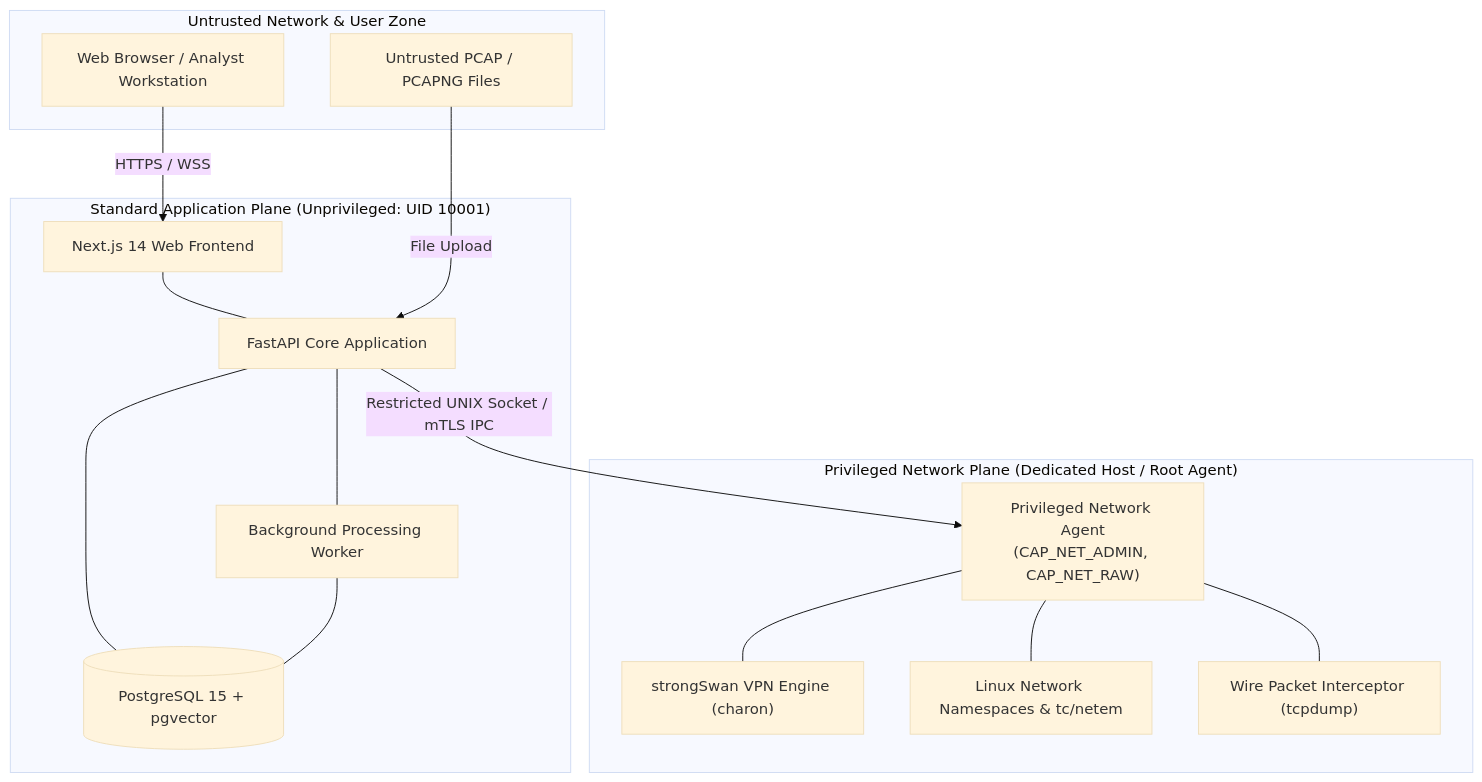
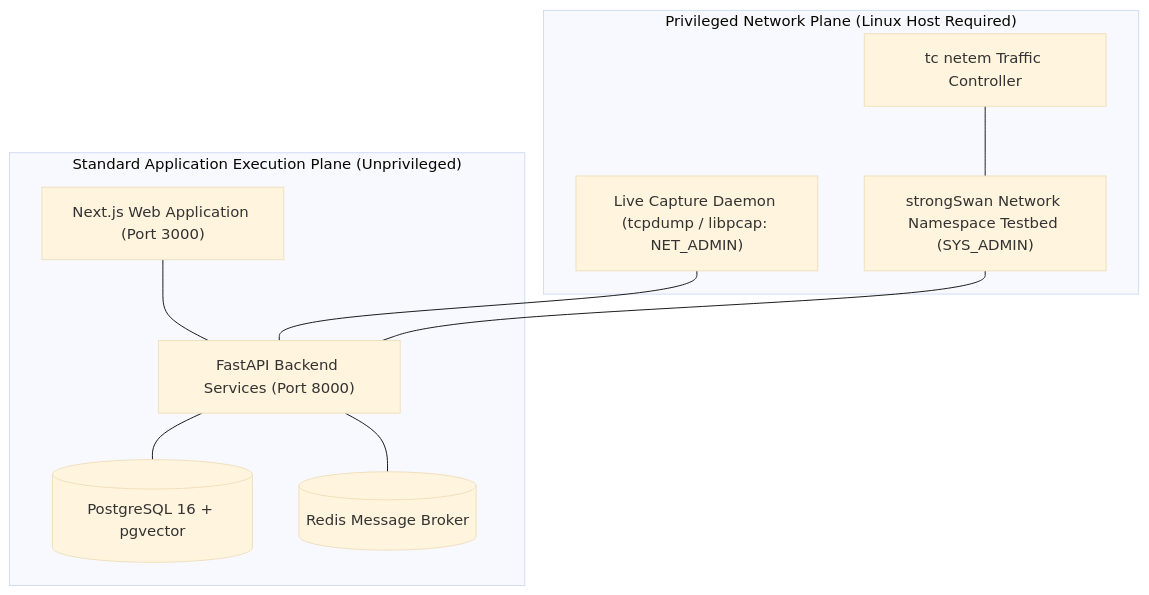
Diagram 12 of 14 in docs/TUNNELTRACE_AI_MASTER_DOCUMENT.md (sharancode3/TunnelTrace-AI), drawn with Mermaid (base theme) before and after one commit. The commit also changed other lines of this file, not shown here.

Commit message:
docs: update mentor master document with 60-part structure, markdown tables, and validated mermaid diagrams

````diff
--- a/docs/TUNNELTRACE_AI_MASTER_DOCUMENT.md
+++ b/docs/TUNNELTRACE_AI_MASTER_DOCUMENT.md
@@ -792,34 +943,21 @@
 ```mermaid
 graph TD
-    subgraph UntrustedZone ["Untrusted Network & User Zone"]
-        CLIENT["Web Browser / Analyst Workstation"]
-        PCAP_SRC["Untrusted PCAP / PCAPNG Files"]
+    subgraph USER_SPACE["Standard Application Execution Plane (Unprivileged)"]
+        UI["Next.js Web Application (Port 3000)"]
+        API["FastAPI Backend Services (Port 8000)"]
+        DB[(PostgreSQL 16 + pgvector)]
+        REDIS[(Redis Message Broker)]
+        UI --- API
+        API --- DB
+        API --- REDIS
     end
 
-    subgraph AppPlane ["Standard Application Plane (Unprivileged: UID 10001)"]
-        FE["Next.js 14 Web Frontend"]
-        API_GW["FastAPI Core Application"]
-        WORKER["Background Processing Worker"]
-        DB[(PostgreSQL 15 + pgvector)]
-        
-        FE --- API_GW
-        API_GW --- DB
-        API_GW --- WORKER
-        WORKER --- DB
+    subgraph PRIVILEGED_SPACE["Privileged Network Plane (Linux Host Required)"]
+        TAP["Live Capture Daemon (tcpdump / libpcap: NET_ADMIN)"]
+        LAB["strongSwan Network Namespace Testbed (SYS_ADMIN)"]
+        NETEM["tc netem Traffic Controller"]
+        TAP --- API
+        LAB --- API
+        NETEM --- LAB
     end
-
-    subgraph PrivPlane ["Privileged Network Plane (Dedicated Host / Root Agent)"]
-        AGENT["Privileged Network Agent<br/>(CAP_NET_ADMIN, CAP_NET_RAW)"]
-        SWAN["strongSwan VPN Engine (charon)"]
-        NETNS["Linux Network Namespaces & tc/netem"]
-        SNIFF["Wire Packet Interceptor (tcpdump)"]
-
-        AGENT --- SWAN
-        AGENT --- NETNS
-        AGENT --- SNIFF
-    end
-
-    CLIENT -->|HTTPS / WSS| FE
-    PCAP_SRC -->|File Upload| API_GW
-    API_GW -->|Restricted UNIX Socket / mTLS IPC| AGENT
 ```
````
